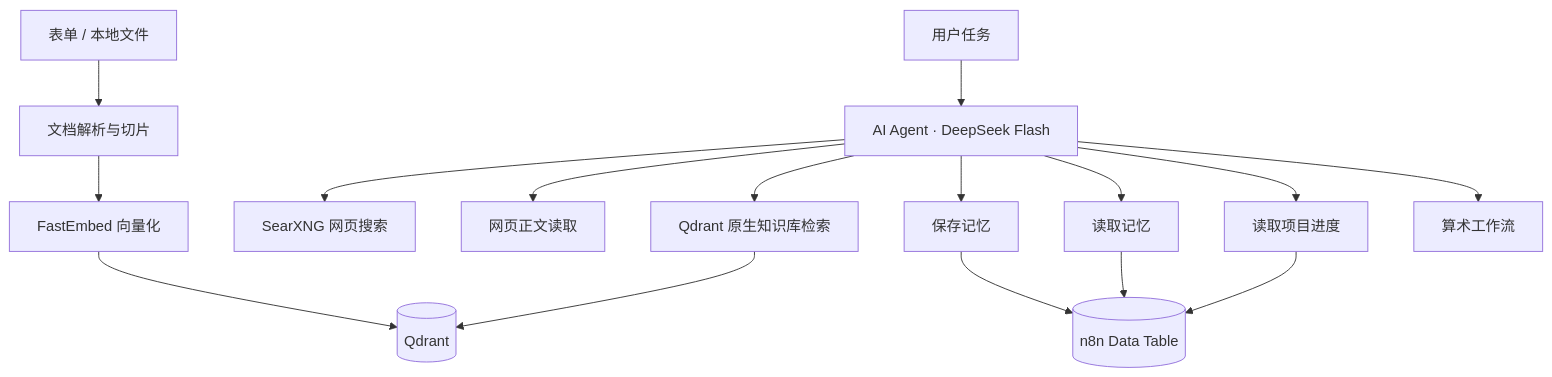
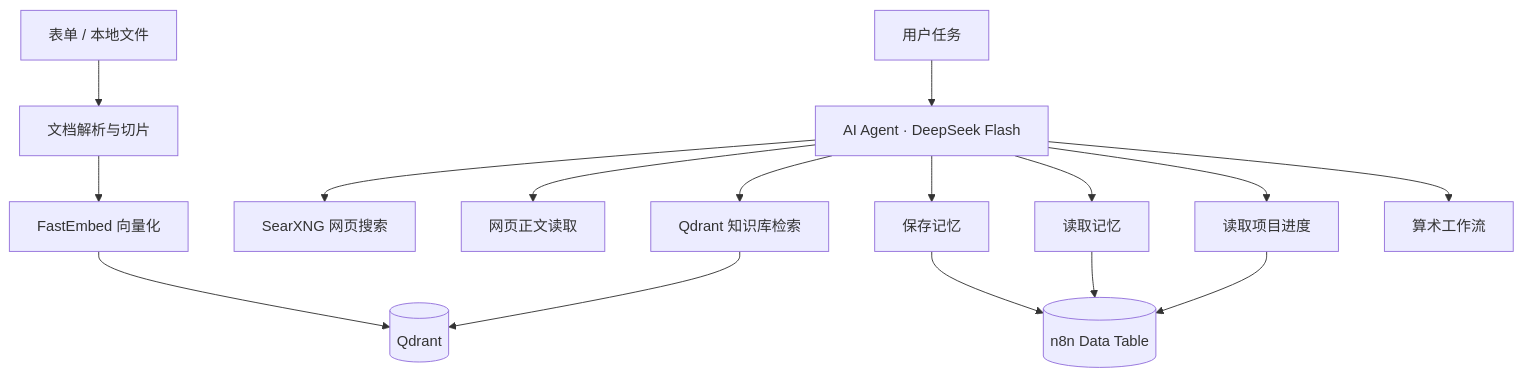
The diagram in projects/n8n-agent/README.md (z15314102792-arch/Xiang-Mu), drawn with Mermaid before and after one commit. The commit also changed other lines of this file, not shown here.

````diff
--- a/projects/n8n-agent/README.md
+++ b/projects/n8n-agent/README.md
@@ -27,18 +28,18 @@
 ```mermaid
 flowchart TD
     U[用户任务] --> A[AI Agent · DeepSeek Flash]
     A --> S[SearXNG 网页搜索]
     A --> R[网页正文读取]
-    A --> Q[Qdrant 原生知识库检索]
+    A --> Q[Qdrant 知识库检索]
     A --> M1[保存记忆]
     A --> M2[读取记忆]
     A --> P[读取项目进度]
     A --> C[算术工作流]
     M1 --> T[(n8n Data Table)]
     M2 --> T
     P --> T
     F[表单 / 本地文件] --> L[文档解析与切片]
     L --> E[FastEmbed 向量化]
     E --> V[(Qdrant)]
     Q --> V
 ```
````
